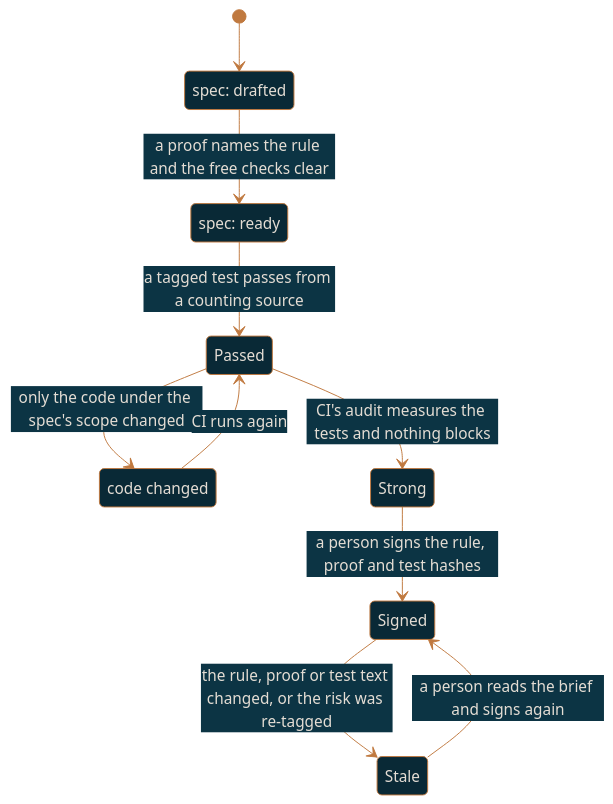
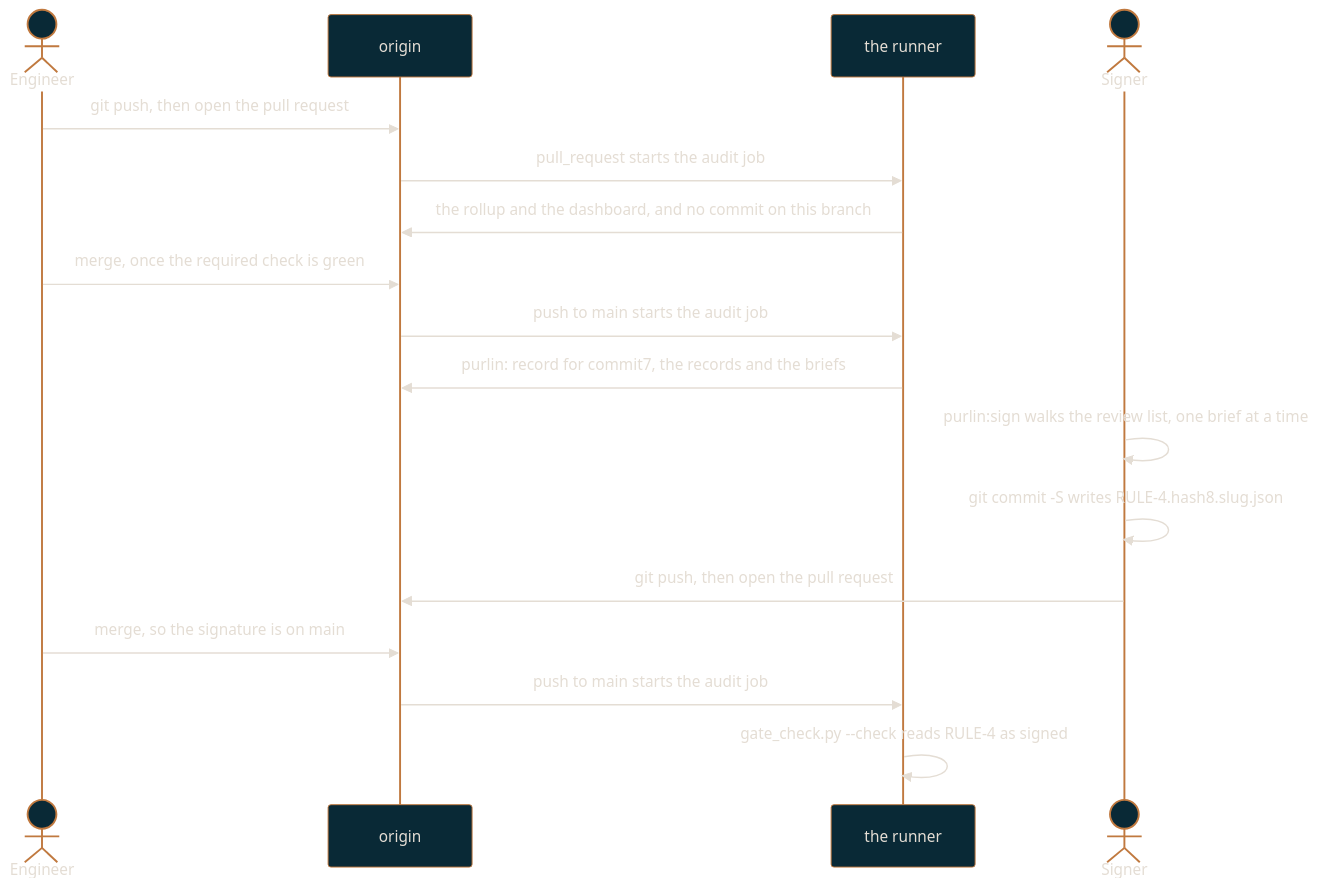
The diagram in docs/regulated-workflow.md (rlabarca/purlin), drawn with Mermaid before and after one commit. The commit also changed other lines of this file and 2 other files, not shown here.

First line of the commit message:
docs: each gate's workflow, drawn and checked against the code

````diff
--- a/docs/regulated-workflow.md
+++ b/docs/regulated-workflow.md
@@ -24,16 +25,20 @@
 ```mermaid
 %%{init: {"theme": "base", "themeVariables": {"background": "#0C3444", "primaryColor": "#092936", "primaryTextColor": "#E4DDD4", "primaryBorderColor": "#C0793F", "lineColor": "#C0793F", "secondaryColor": "#0C3444", "tertiaryColor": "#092936", "fontFamily": "Arial", "textColor": "#E4DDD4"}}}%%
-stateDiagram-v2
-    state "spec: drafted" as Drafted
-    state "spec: ready" as Ready
-    state "code changed" as Changed
-    [*] --> Drafted
-    Drafted --> Ready: a proof names the rule and the free checks clear
-    Ready --> Passed: a tagged test passes from a counting source
-    Passed --> Strong: CI's audit measures the tests and nothing blocks
-    Strong --> Signed: a person signs the rule, proof and test hashes
-    Signed --> Stale: the rule, proof or test text changed, or the risk was re-tagged
-    Stale --> Signed: a person reads the brief and signs again
-    Passed --> Changed: only the code under the spec's scope changed
-    Changed --> Passed: CI runs again
+sequenceDiagram
+    actor Engineer
+    participant Origin as origin
+    participant CI as the runner
+    actor Signer
+    Engineer->>Origin: git push, then open the pull request
+    Origin->>CI: pull_request starts the audit job
+    CI->>Origin: the rollup and the dashboard, and no commit on this branch
+    Engineer->>Origin: merge, once the required check is green
+    Origin->>CI: push to main starts the audit job
+    CI->>Origin: purlin: record for commit7, the records and the briefs
+    Signer->>Signer: purlin:sign walks the review list, one brief at a time
+    Signer->>Signer: git commit -S writes RULE-4.hash8.slug.json
+    Signer->>Origin: git push, then open the pull request
+    Engineer->>Origin: merge, so the signature is on main
+    Origin->>CI: push to main starts the audit job
+    CI->>CI: gate_check.py --check reads RULE-4 as signed
 ```
````
